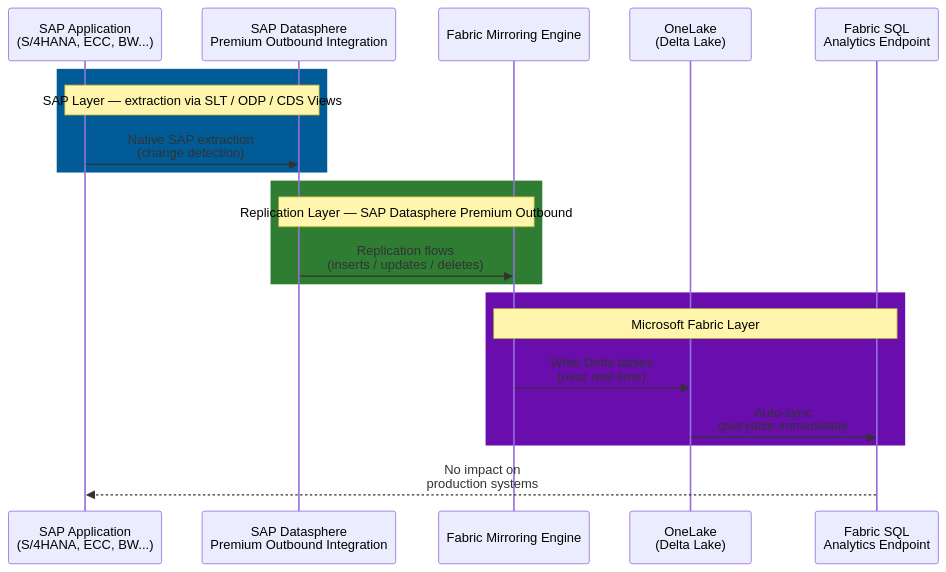
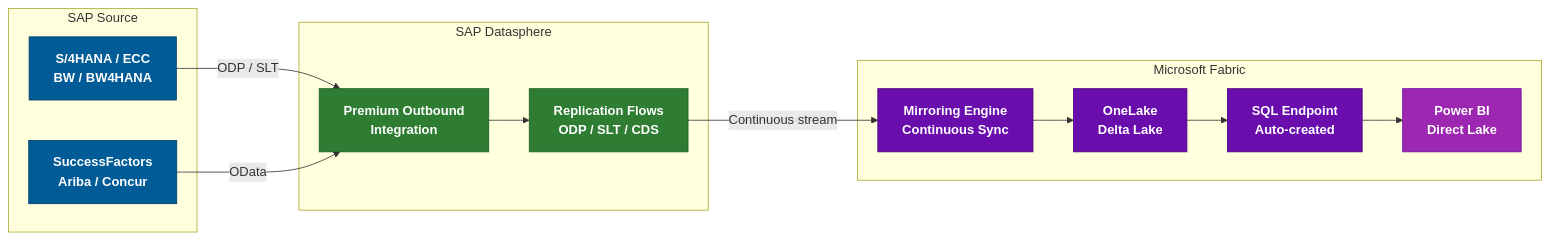
Before and after one commit to fredgis/fabric-foundry-kb: the third of 5 diagrams in SAP_Fabric_Connectivity.md, drawn with Mermaid. The commit also changed other lines of this file and 2 other files, not shown here.

First line of the commit message:
SAP guide: full visual overhaul + per-method architecture diagrams

````diff
--- a/SAP_Fabric_Connectivity.md
+++ b/SAP_Fabric_Connectivity.md
@@ -127,23 +150,35 @@
 ```mermaid
-sequenceDiagram
-    participant SAP as SAP Application<br/>(S/4HANA, ECC, BW...)
-    participant DS as SAP Datasphere<br/>Premium Outbound Integration
-    participant MF as Fabric Mirroring Engine
-    participant OL as OneLake<br/>(Delta Lake)
-    participant SQL as Fabric SQL<br/>Analytics Endpoint
+graph LR
+    subgraph SAP["SAP Source"]
+        A1[S/4HANA / ECC<br/>BW / BW4HANA]
+        A2[SuccessFactors<br/>Ariba / Concur]
+    end
+    subgraph DS["SAP Datasphere"]
+        B[Premium Outbound<br/>Integration]
+        B2[Replication Flows<br/>ODP / SLT / CDS]
+    end
+    subgraph Fabric["Microsoft Fabric"]
+        C[Mirroring Engine<br/>Continuous Sync]
+        D[OneLake<br/>Delta Lake]
+        E[SQL Endpoint<br/>Auto-created]
+        F[Power BI<br/>Direct Lake]
+    end
 
-    rect rgb(0, 91, 151)
-        note over SAP,DS: SAP Layer — extraction via SLT / ODP / CDS Views
-        SAP->>DS: Native SAP extraction<br/>(change detection)
-    end
-    rect rgb(46, 125, 50)
-        note over DS,MF: Replication Layer — SAP Datasphere Premium Outbound
-        DS->>MF: Replication flows<br/>(inserts / updates / deletes)
-    end
-    rect rgb(106, 13, 173)
-        note over MF,SQL: Microsoft Fabric Layer
-        MF->>OL: Write Delta tables<br/>(near real-time)
-        OL->>SQL: Auto-sync<br/>queryable immediately
-    end
-    SQL-->>SAP: No impact on<br/>production systems
+    A1 -->|ODP / SLT| B
+    A2 -->|OData| B
+    B --> B2
+    B2 -->|Continuous stream| C
+    C --> D
+    D --> E
+    E --> F
+
+    classDef sapStyle fill:#005B97,stroke:#003D66,color:#ffffff,font-weight:bold
+    classDef dsStyle fill:#2E7D32,stroke:#1B5E20,color:#ffffff,font-weight:bold
+    classDef fabricStyle fill:#6A0DAD,stroke:#4A0080,color:#ffffff,font-weight:bold
+    classDef biStyle fill:#9C27B0,stroke:#6A0DAD,color:#ffffff,font-weight:bold
+
+    class A1,A2 sapStyle
+    class B,B2 dsStyle
+    class C,D,E fabricStyle
+    class F biStyle
 ```
````
